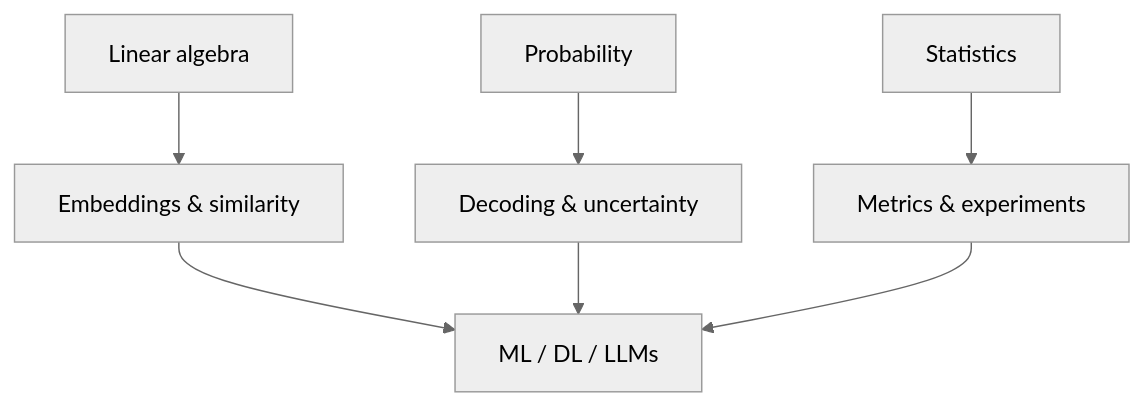
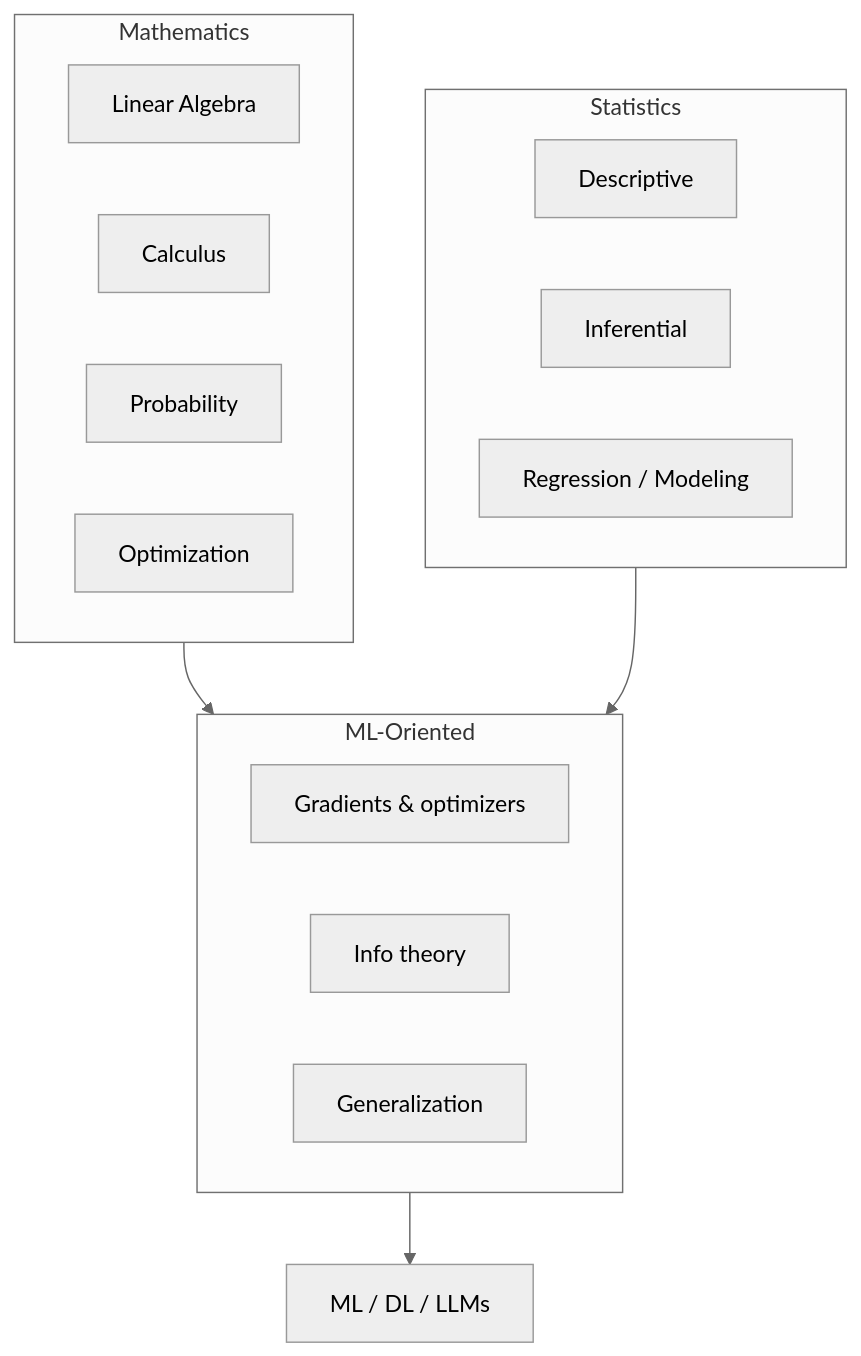
Before and after one commit to abdulsamad183/ai-engineering-playbook: the diagram in domains/mathematics-statistics/README.md, drawn with Mermaid (neutral theme). The commit also changed other lines of this file and 28 other files, not shown here.

Commit message:
Add Math & Stats curriculum: 24 topics across mathematics, statistics, and ML-oriented math.

````diff
--- a/domains/mathematics-statistics/README.md
+++ b/domains/mathematics-statistics/README.md
@@ -18,9 +20,22 @@
 ```mermaid
 flowchart TB
-  LA[Linear algebra] --> EMB[Embeddings & similarity]
-  PR[Probability] --> SAMP[Decoding & uncertainty]
-  ST[Statistics] --> EVAL[Metrics & experiments]
-  EMB --> ML[ML / DL / LLMs]
-  SAMP --> ML
-  EVAL --> ML
+  subgraph math [Mathematics]
+    LA[Linear Algebra]
+    Calc[Calculus]
+    Prob[Probability]
+    Opt[Optimization]
+  end
+  subgraph stats [Statistics]
+    Desc[Descriptive]
+    Inf[Inferential]
+    Reg[Regression / Modeling]
+  end
+  subgraph ml [ML-Oriented]
+    Train[Gradients & optimizers]
+    Info[Info theory]
+    Gen[Generalization]
+  end
+  math --> ml
+  stats --> ml
+  ml --> ML[ML / DL / LLMs]
 ```
````
